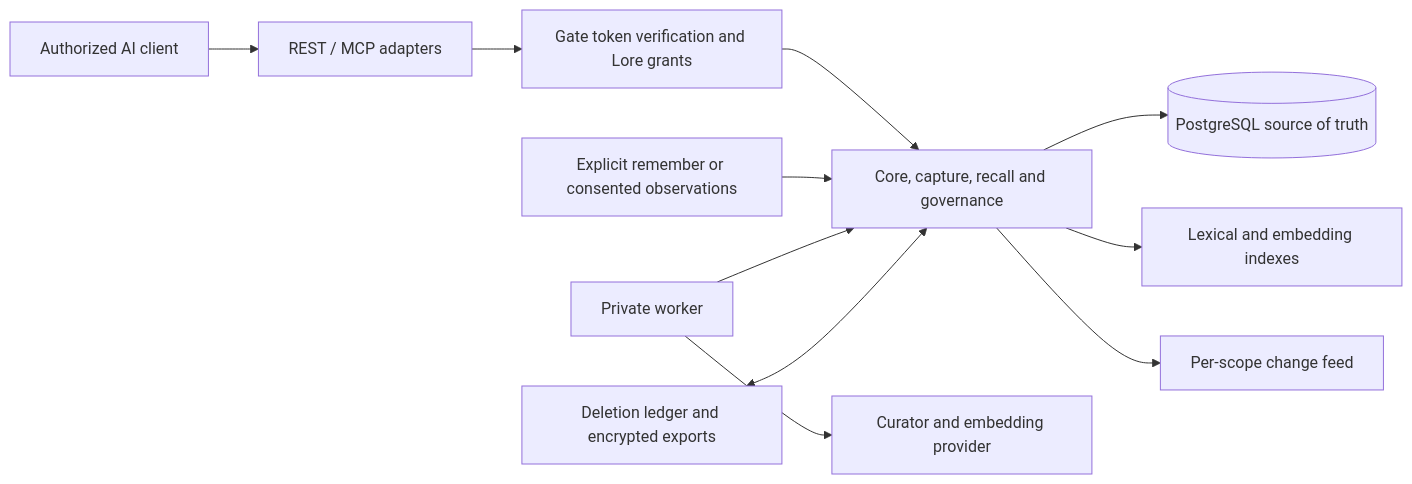
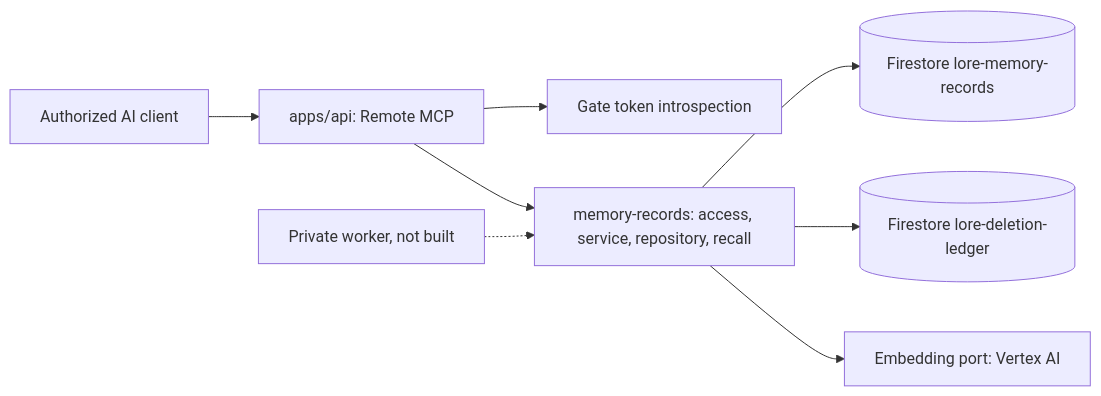
Before and after one commit to takezoh/syntoria-lore: the diagram in ARCHITECTURE.md, drawn with Mermaid. The commit also changed other lines of this file and 261 other files, not shown here.

First line of the commit message:
Replace the PostgreSQL service with Firestore Memory Records

````diff
--- a/ARCHITECTURE.md
+++ b/ARCHITECTURE.md
@@ -7,13 +13,10 @@
 ```mermaid
 flowchart LR
-  Client[Authorized AI client] --> API[REST / MCP adapters]
-  API --> Auth[Gate token verification and Lore grants]
-  Auth --> Core[Core, capture, recall and governance]
-  Core --> DB[(PostgreSQL source of truth)]
-  Core --> Index[Lexical and embedding indexes]
-  Input[Explicit remember or consented observations] --> Core
-  Core --> Feed[Per-scope change feed]
-  Worker[Private worker] --> Core
-  Worker --> Models[Curator and embedding provider]
-  Governance[Deletion ledger and encrypted exports] <--> Core
+  Client[Authorized AI client] --> API[apps/api: Remote MCP]
+  API --> Gate[Gate token introspection]
+  API --> Records[memory-records: access, service, repository, recall]
+  Worker[Private worker, not built] -.-> Records
+  Records --> FS[(Firestore lore-memory-records)]
+  Records --> Ledger[(Firestore lore-deletion-ledger)]
+  Records --> Ports[Embedding port: Vertex AI]
 ```
````
